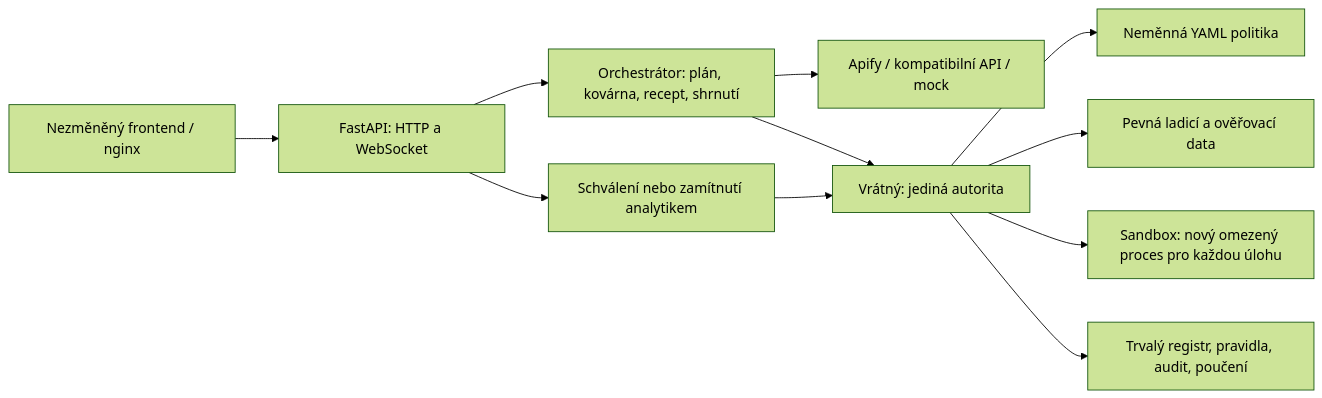
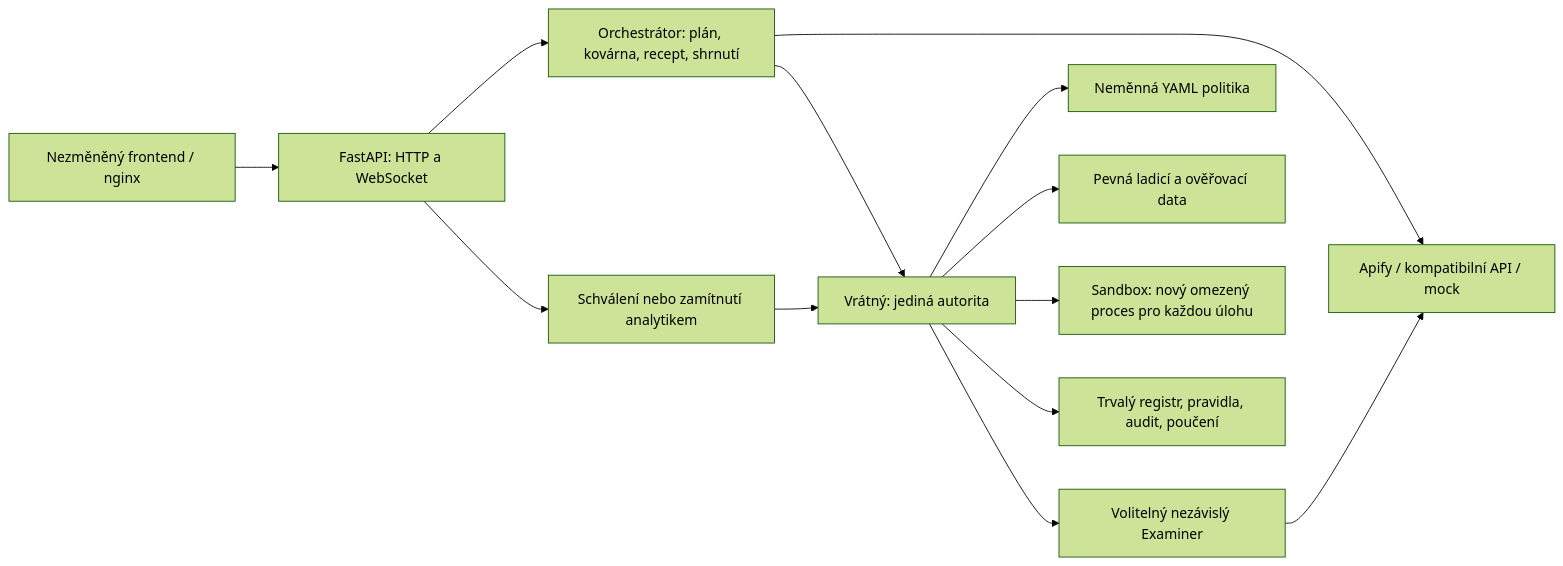
One commit to Vadyss/Hackathon---From-Dusk-Till-Dawn changed the diagram in Docs/backend/ARCHITECTURE.md. Above: the diagram before and after it, drawn with Mermaid (forest theme). The commit also changed other lines of this file and 7 other files, not shown here.

````diff
--- a/Docs/backend/ARCHITECTURE.md
+++ b/Docs/backend/ARCHITECTURE.md
@@ -5,13 +5,15 @@
 ```mermaid
 flowchart LR
   UI[Nezměněný frontend / nginx] --> API[FastAPI: HTTP a WebSocket]
   API --> O[Orchestrátor: plán, kovárna, recept, shrnutí]
   O --> LLM[Apify / kompatibilní API / mock]
   O --> GK[Vrátný: jediná autorita]
   GK --> P[Neměnná YAML politika]
   GK --> D[Pevná ladicí a ověřovací data]
   GK --> S[Sandbox: nový omezený proces pro každou úlohu]
   GK --> R[Trvalý registr, pravidla, audit, poučení]
+  GK --> E[Volitelný nezávislý Examiner]
+  E --> LLM
   API --> H[Schválení nebo zamítnutí analytikem]
   H --> GK
 ```
````
